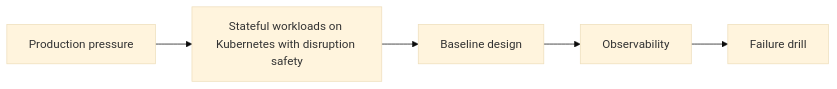
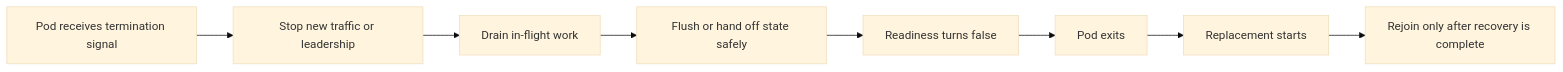
One commit to sandeepbhardwaj/sandeepbhardwaj.github.io changed the diagram in _posts/2026-09-04-k8s-stateful-workloads-disruption-safety-part-1.md. Above: the diagram before and after it, drawn with Mermaid (base theme). The commit also changed other lines of this file and 40 other files, not shown here.

````diff
--- a/_posts/2026-09-04-k8s-stateful-workloads-disruption-safety-part-1.md
+++ b/_posts/2026-09-04-k8s-stateful-workloads-disruption-safety-part-1.md
@@ -57,7 +82,10 @@
 ```mermaid
 flowchart LR
-    A[Production pressure] --> B[Stateful workloads on Kubernetes with disruption safety]
-    B --> C[Baseline design]
-    C --> D[Observability]
-    D --> E[Failure drill]
+    A[Pod receives termination signal] --> B[Stop new traffic or leadership]
+    B --> C[Drain in-flight work]
+    C --> D[Flush or hand off state safely]
+    D --> E[Readiness turns false]
+    E --> F[Pod exits]
+    F --> G[Replacement starts]
+    G --> H[Rejoin only after recovery is complete]
 ```
````
